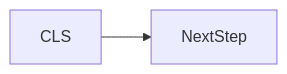
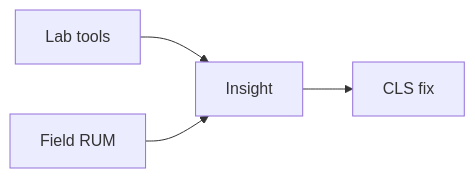
The second of 2 diagrams in docs/en/13-performance/cls/index.md (OmidJavaherii/Frontend-Engineering-Handbook), drawn with Mermaid before and after one commit. The commit also changed other lines of this file and 461 other files, not shown here.

````diff
--- a/docs/en/13-performance/cls/index.md
+++ b/docs/en/13-performance/cls/index.md
@@ -95,4 +111,6 @@
 ```mermaid
 flowchart LR
-  concept[CLS] --> nextStep[NextStep]
+  Lab[Lab tools] --> Insight
+  RUM[Field RUM] --> Insight
+  Insight --> Fix[CLS fix]
 ```
````
